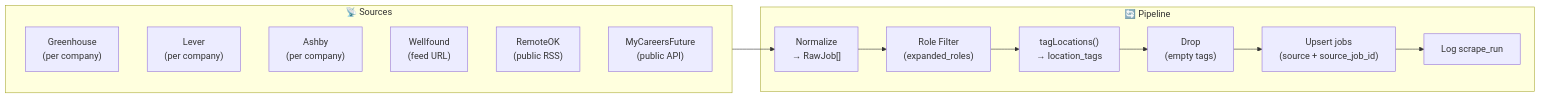
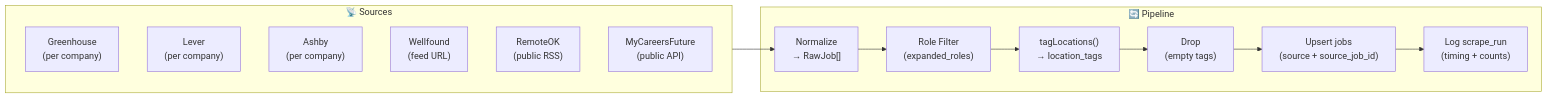
The third of 7 diagrams in design/architecture.md (sahidhh/job-scraper), drawn with Mermaid before and after one commit. The commit also changed 11 other files, not shown here.

````diff
--- a/design/architecture.md
+++ b/design/architecture.md
@@ -101,22 +101,22 @@
 ```mermaid
 flowchart LR
     subgraph sources ["📡 Sources"]
         GH["Greenhouse\n(per company)"]
         LV["Lever\n(per company)"]
         AS["Ashby\n(per company)"]
         WF["Wellfound\n(feed URL)"]
         RO["RemoteOK\n(public RSS)"]
         MC["MyCareersFuture\n(public API)"]
     end
 
     subgraph pipeline ["🔄 Pipeline"]
         N["Normalize\n→ RawJob[]"]
         F["Role Filter\n(expanded_roles)"]
         T["tagLocations()\n→ location_tags"]
         D["Drop\n(empty tags)"]
         U["Upsert jobs\n(source + source_job_id)"]
-        L["Log scrape_run"]
+        L["Log scrape_run\n(timing + counts)"]
     end
 
     sources --> N --> F --> T --> D --> U --> L
 ```
````
